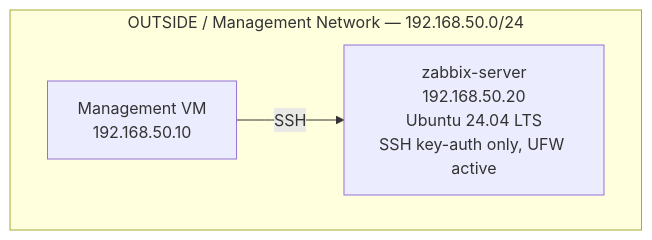
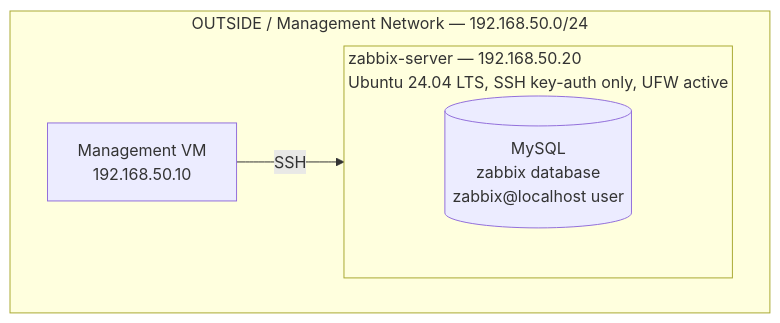
Before and after one commit to paknaoo/zabbix-noc-lab: the diagram in docs/architecture.md, drawn with Mermaid. The commit also changed other lines of this file and 3 other files, not shown here.

````diff
--- a/docs/architecture.md
+++ b/docs/architecture.md
@@ -22,10 +22,12 @@
 ```mermaid
 flowchart TD
 
     subgraph OUTSIDE["OUTSIDE / Management Network — 192.168.50.0/24"]
         MGMT[Management VM<br/>192.168.50.10]
-        ZBX["zabbix-server<br/>192.168.50.20<br/>Ubuntu 24.04 LTS<br/>SSH key-auth only, UFW active"]
+        subgraph ZBXHOST["zabbix-server — 192.168.50.20<br/>Ubuntu 24.04 LTS, SSH key-auth only, UFW active"]
+            MYSQL[("MySQL<br/>zabbix database<br/>zabbix@localhost user")]
+        end
     end
 
-    MGMT -->|SSH| ZBX
+    MGMT -->|SSH| ZBXHOST
 ```
````
